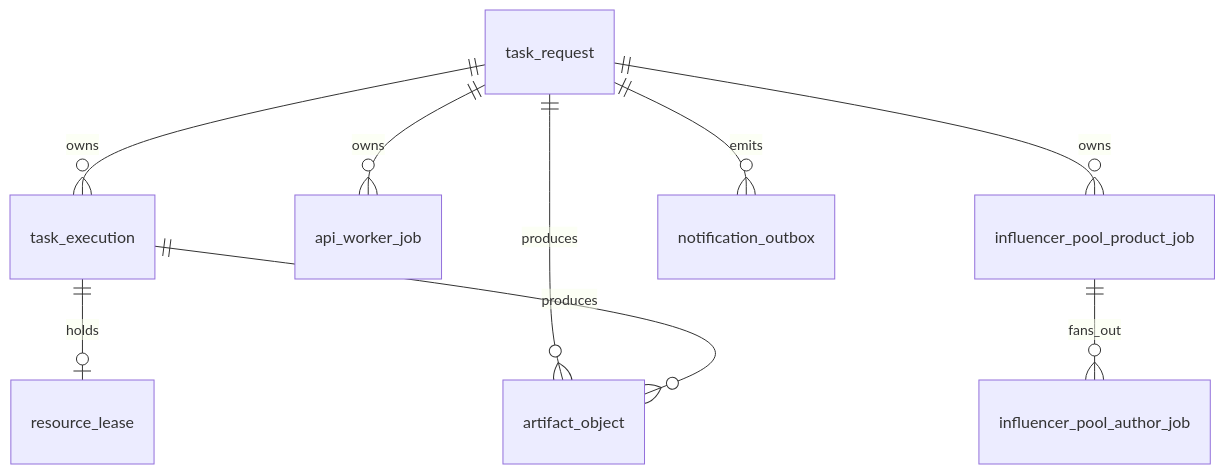
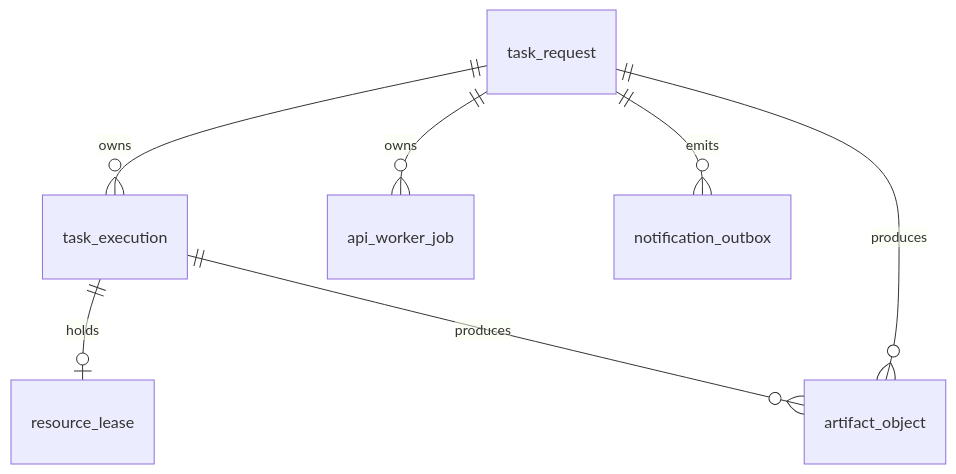
The second of 4 diagrams in docs/arch/database-architecture-design.md (knighterrantsky/mujitask), drawn with Mermaid before and after one commit. The commit also changed other lines of this file and 53 other files, not shown here.

````diff
--- a/docs/arch/database-architecture-design.md
+++ b/docs/arch/database-architecture-design.md
@@ -74,11 +113,9 @@
 ```mermaid
 erDiagram
     task_request ||--o{ task_execution : owns
     task_request ||--o{ api_worker_job : owns
-    task_request ||--o{ influencer_pool_product_job : owns
-    influencer_pool_product_job ||--o{ influencer_pool_author_job : fans_out
     task_execution ||--o| resource_lease : holds
     task_request ||--o{ notification_outbox : emits
     task_request ||--o{ artifact_object : produces
     task_execution ||--o{ artifact_object : produces
 ```
````
